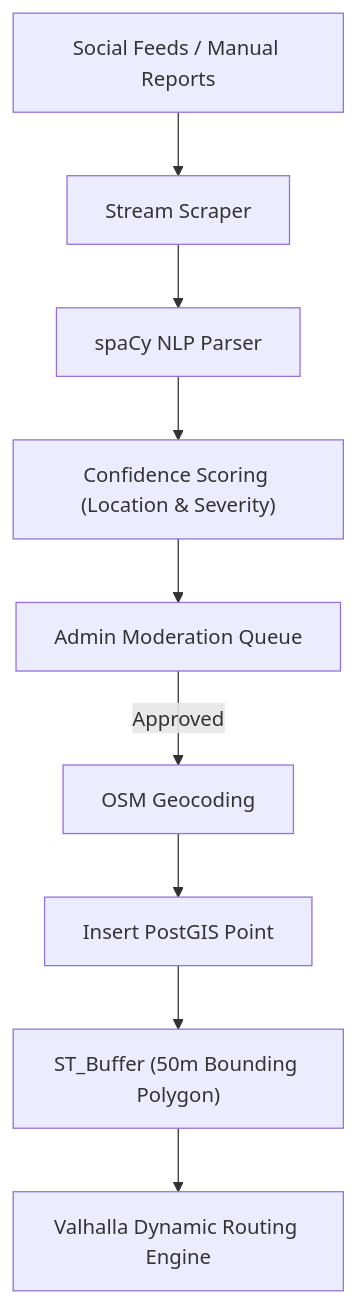
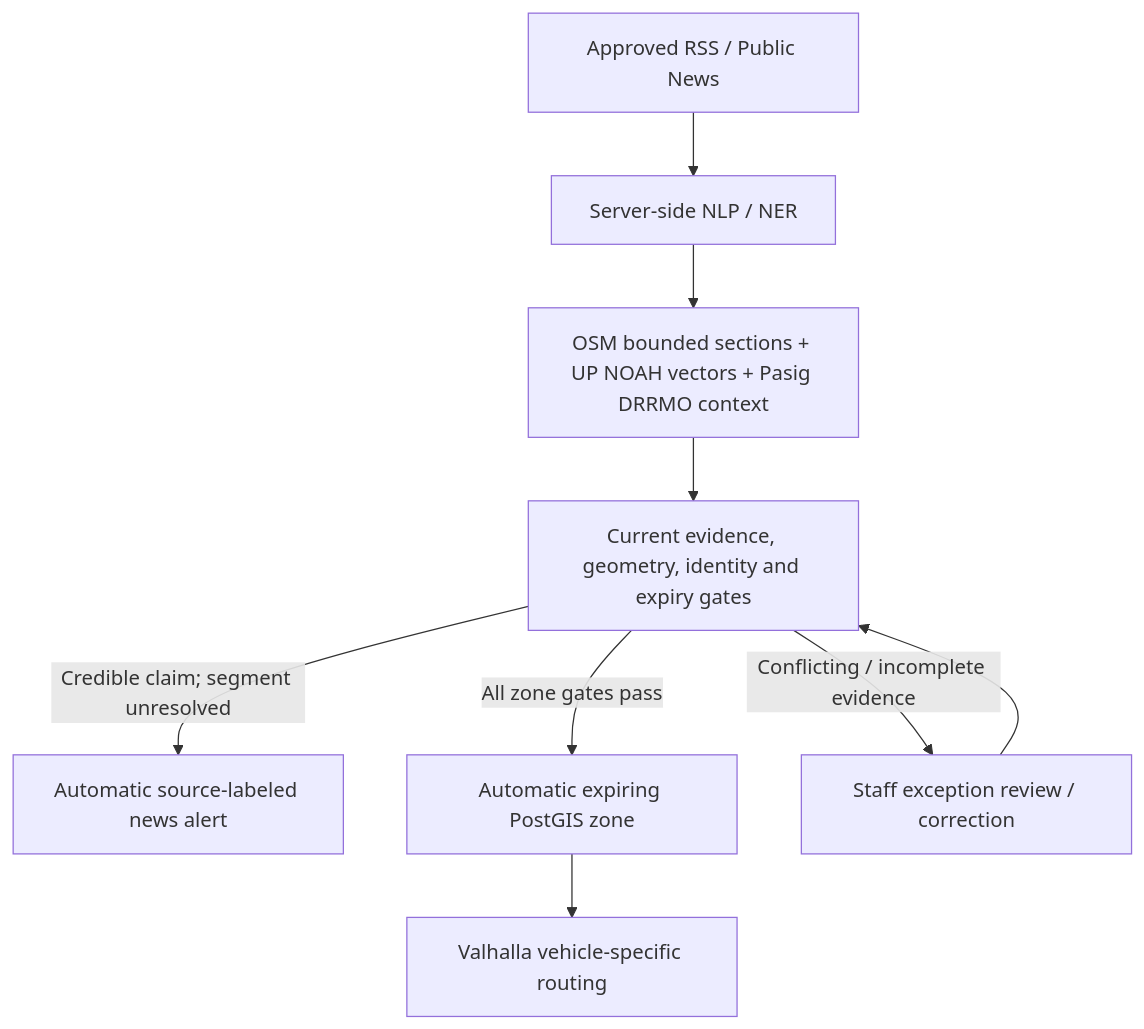
One commit to pu-roi/LANES changed the third of 3 diagrams in DESIGN.md. Above: the diagram before and after it, drawn with Mermaid. The commit also changed other lines of this file and 64 other files, not shown here.

First line of the commit message:
feat(news): harden flood evidence and preserve location context

````diff
--- a/DESIGN.md
+++ b/DESIGN.md
@@ -100,11 +100,11 @@
 ```mermaid
 flowchart TD
-    In[Social Feeds / Manual Reports] --> Scraper[Stream Scraper]
-    Scraper --> NLP["spaCy NLP Parser"]
-    NLP --> Confidence["Confidence Scoring (Location & Severity)"]
-    Confidence --> Queue["Admin Moderation Queue"]
-    Queue -- "Approved" --> Geocode["OSM Geocoding"]
-    Geocode --> DBInsert["Insert PostGIS Point"]
-    DBInsert --> Buffer["ST_Buffer (50m Bounding Polygon)"]
-    Buffer --> Router["Valhalla Dynamic Routing Engine"]
+    In[Approved RSS / Public News] --> NLP["Server-side NLP / NER"]
+    NLP --> Placement["OSM bounded sections + UP NOAH vectors + Pasig DRRMO context"]
+    Placement --> Gates["Current evidence, geometry, identity and expiry gates"]
+    Gates -- "Credible claim; segment unresolved" --> Alert["Automatic source-labeled news alert"]
+    Gates -- "All zone gates pass" --> Zone["Automatic expiring PostGIS zone"]
+    Gates -- "Conflicting / incomplete evidence" --> Exceptions["Staff exception review / correction"]
+    Exceptions --> Gates
+    Zone --> Router["Valhalla vehicle-specific routing"]
 ```
````
